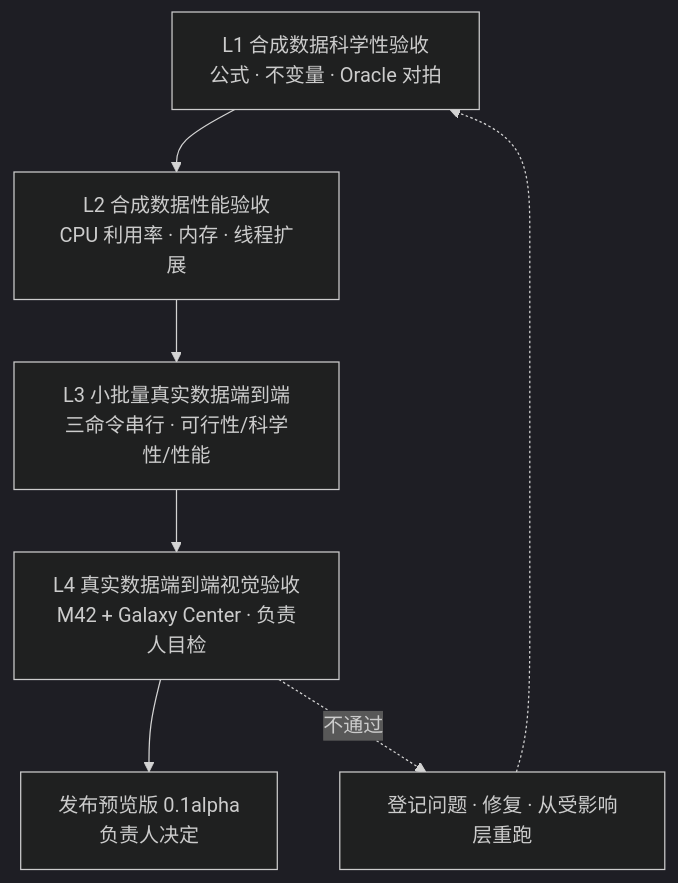
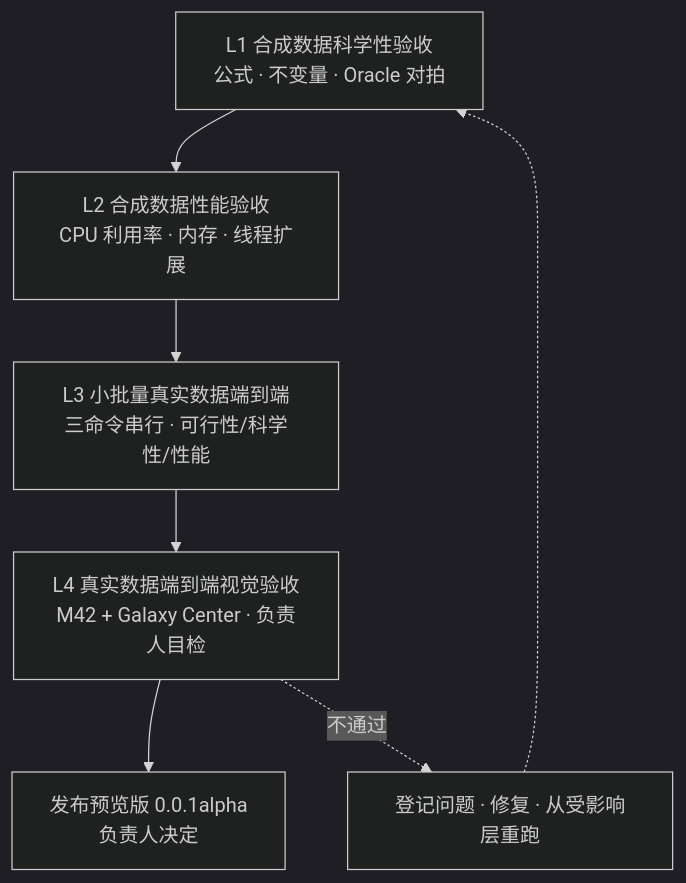
One commit to fujiaze/Astro-CS-Database changed the first of 3 diagrams in ACCEPTANCE_SPEC.md. Above: the diagram before and after it, drawn with Mermaid (dark theme). The commit also changed other lines of this file and 30 other files, not shown here.

````diff
--- a/ACCEPTANCE_SPEC.md
+++ b/ACCEPTANCE_SPEC.md
@@ -7,10 +7,10 @@
 ```mermaid
 flowchart TB
     L1["L1 合成数据科学性验收<br/>公式 · 不变量 · Oracle 对拍"]
     L2["L2 合成数据性能验收<br/>CPU 利用率 · 内存 · 线程扩展"]
     L3["L3 小批量真实数据端到端<br/>三命令串行 · 可行性/科学性/性能"]
     L4["L4 真实数据端到端视觉验收<br/>M42 + Galaxy Center · 负责人目检"]
-    REL["发布预览版 0.1alpha<br/>负责人决定"]
+    REL["发布预览版 0.0.1alpha<br/>负责人决定"]
     L1 --> L2 --> L3 --> L4 --> REL
     L4 -.不通过.-> FIX["登记问题 · 修复 · 从受影响层重跑"] -.-> L1
 ```
````
